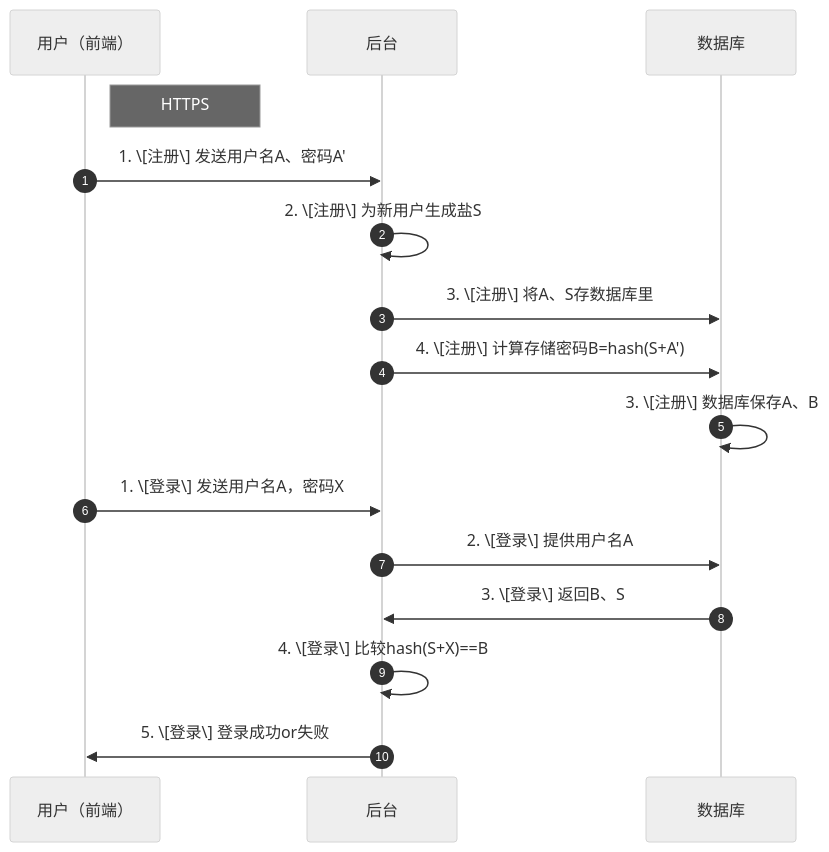
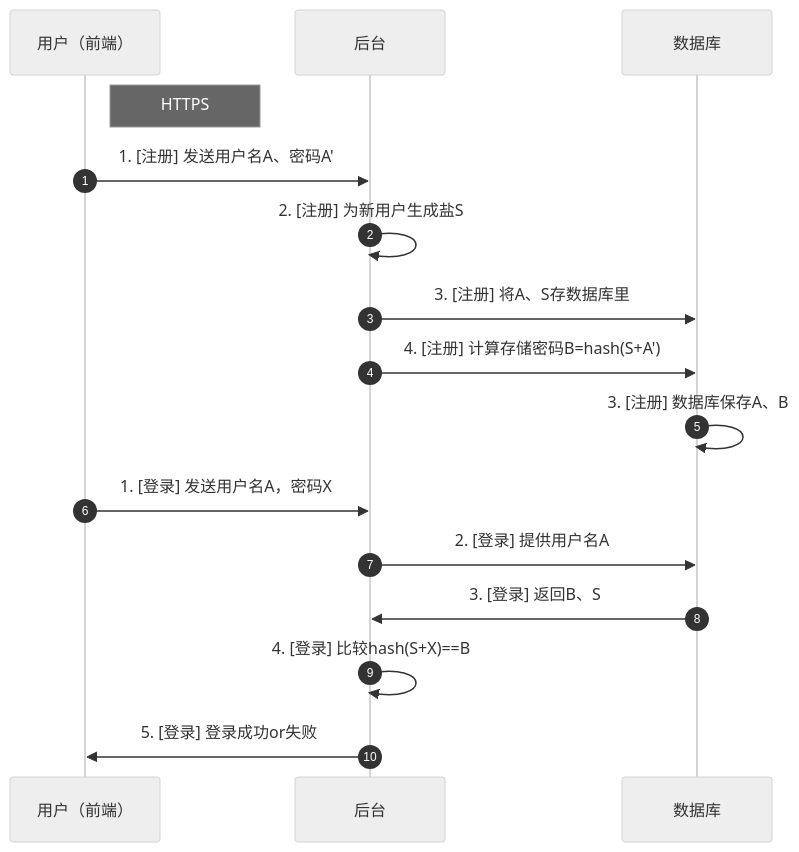
The third of 8 diagrams in src/content/posts/dev/passkey理论与开发入门/index.md (orangeboyChen/blog), drawn with Mermaid (neutral theme) before and after one commit. The commit also changed other lines of this file and 27 other files, not shown here.

````diff
--- a/src/content/posts/dev/passkey理论与开发入门/index.md
+++ b/src/content/posts/dev/passkey理论与开发入门/index.md
@@ -85,20 +86,20 @@
 ```mermaid
 sequenceDiagram
     autonumber
     participant 用户（前端）
     participant 后台
     participant 数据库
 
     Note right of 用户（前端）: HTTPS
-    用户（前端） ->> 后台: 1. \[注册\] 发送用户名A、密码A'
-    后台 ->> 后台: 2. \[注册\] 为新用户生成盐S
-    后台 ->> 数据库: 3. \[注册\] 将A、S存数据库里
-    后台 ->> 数据库: 4. \[注册\] 计算存储密码B=hash(S+A')
-    数据库 ->> 数据库: 3. \[注册\] 数据库保存A、B
+    用户（前端） ->> 后台: 1. [注册] 发送用户名A、密码A'
+    后台 ->> 后台: 2. [注册] 为新用户生成盐S
+    后台 ->> 数据库: 3. [注册] 将A、S存数据库里
+    后台 ->> 数据库: 4. [注册] 计算存储密码B=hash(S+A')
+    数据库 ->> 数据库: 3. [注册] 数据库保存A、B
 
-    用户（前端） ->> 后台: 1. \[登录\] 发送用户名A，密码X
-    后台 ->> 数据库: 2. \[登录\] 提供用户名A
-    数据库 ->> 后台: 3. \[登录\] 返回B、S
-    后台 ->> 后台: 4. \[登录\] 比较hash(S+X)==B
-    后台 ->> 用户（前端）: 5. \[登录\] 登录成功or失败
+    用户（前端） ->> 后台: 1. [登录] 发送用户名A，密码X
+    后台 ->> 数据库: 2. [登录] 提供用户名A
+    数据库 ->> 后台: 3. [登录] 返回B、S
+    后台 ->> 后台: 4. [登录] 比较hash(S+X)==B
+    后台 ->> 用户（前端）: 5. [登录] 登录成功or失败
 ```
````
